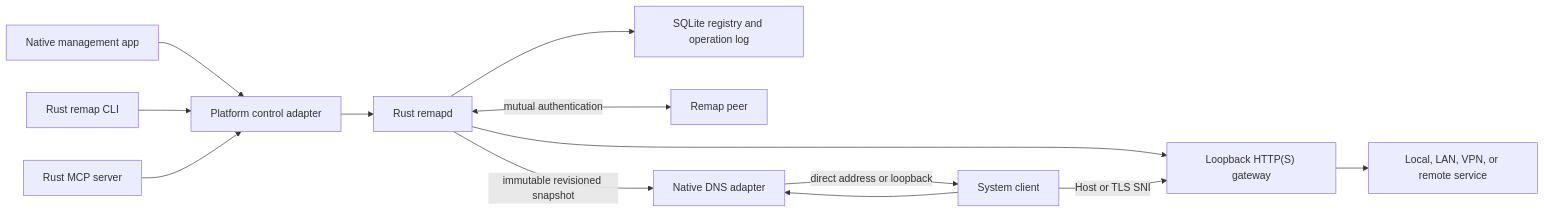
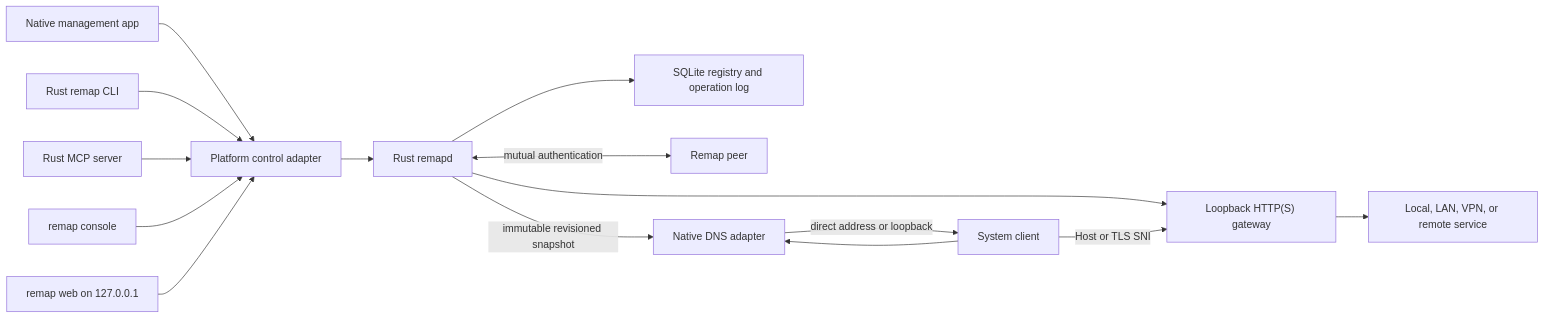
One commit to Agenxy/remap changed the diagram in docs/architecture/ARCHITECTURE.md. Above: the diagram before and after it, drawn with Mermaid. The commit also changed other lines of this file and 80 other files, not shown here.

First line of the commit message:
A console and a web interface for every mapping (ADR-0041)

````diff
--- a/docs/architecture/ARCHITECTURE.md
+++ b/docs/architecture/ARCHITECTURE.md
@@ -24,15 +24,17 @@
 ```mermaid
 flowchart LR
     App["Native management app"] --> Control["Platform control adapter"]
     CLI["Rust remap CLI"] --> Control
     MCP["Rust MCP server"] --> Control
+    Console["remap console"] --> Control
+    Web["remap web on 127.0.0.1"] --> Control
     Control --> Daemon["Rust remapd"]
     Daemon --> DB["SQLite registry and operation log"]
     Daemon --> Gateway["Loopback HTTP(S) gateway"]
     Daemon <-->|"mutual authentication"| Peer["Remap peer"]
     Daemon -->|"immutable revisioned snapshot"| DNS["Native DNS adapter"]
     Client["System client"] --> DNS
     DNS -->|"direct address or loopback"| Client
     Client -->|"Host or TLS SNI"| Gateway
     Gateway --> Upstream["Local, LAN, VPN, or remote service"]
 ```
````
